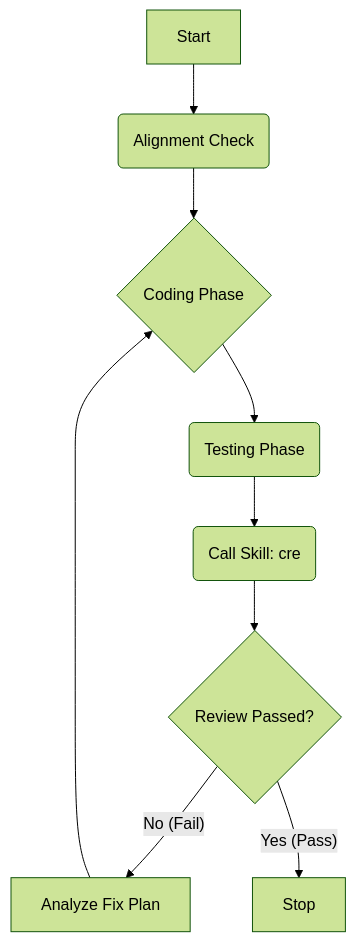
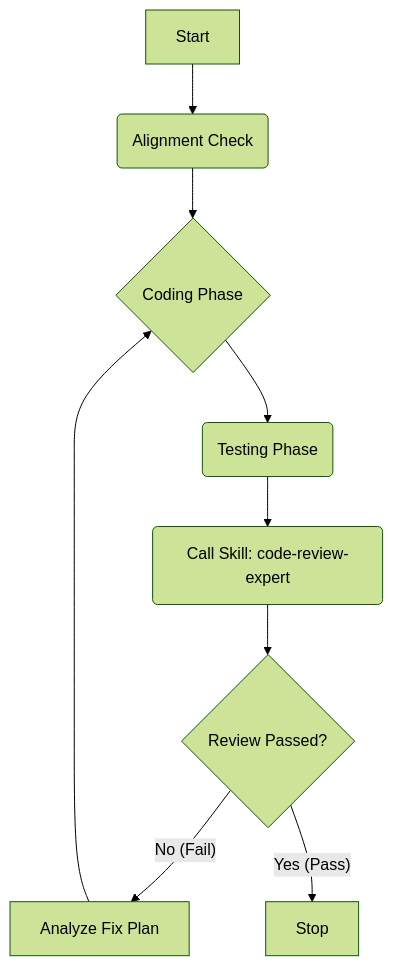
The diagram in .agent/skills/loopi/SKILL.md (excelwang/fustor), drawn with Mermaid (forest theme) before and after one commit. The commit also changed other lines of this file and 1 other file, not shown here.

Commit message:
Refactor skills: revert cre to code-review-expert

````diff
--- a/.agent/skills/loopi/SKILL.md
+++ b/.agent/skills/loopi/SKILL.md
@@ -16,11 +16,11 @@
 ```mermaid
 graph TD
     A[Start] --> B(Alignment Check)
     B --> C{Coding Phase}
     C --> D(Testing Phase)
-    D --> E(Call Skill: cre)
+    D --> E(Call Skill: code-review-expert)
     E --> F{Review Passed?}
     F -- No (Fail) --> G[Analyze Fix Plan]
     G --> C
     F -- Yes (Pass) --> H[Stop]
 ```
````
